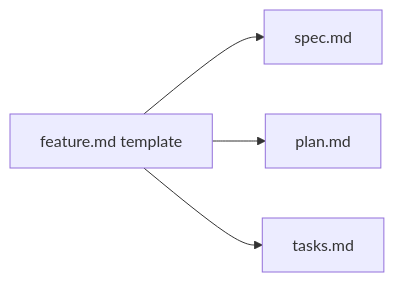
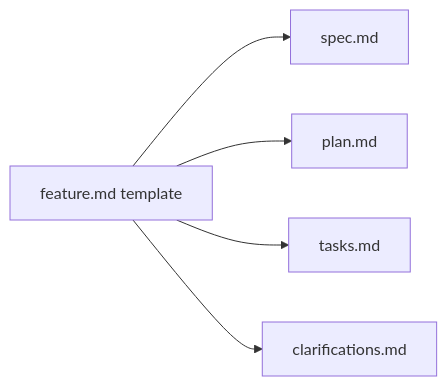
Before and after one commit to denisoed/spec-feature: the second of 3 diagrams in README.md, drawn with Mermaid. The commit also changed other lines of this file and 11 other files, not shown here.

````diff
--- a/README.md
+++ b/README.md
@@ -84,6 +86,7 @@
 ```mermaid
 flowchart LR
     A[feature.md template] --> B[spec.md]
     A --> C[plan.md]
     A --> D[tasks.md]
+    A --> E[clarifications.md]
 ```
````
